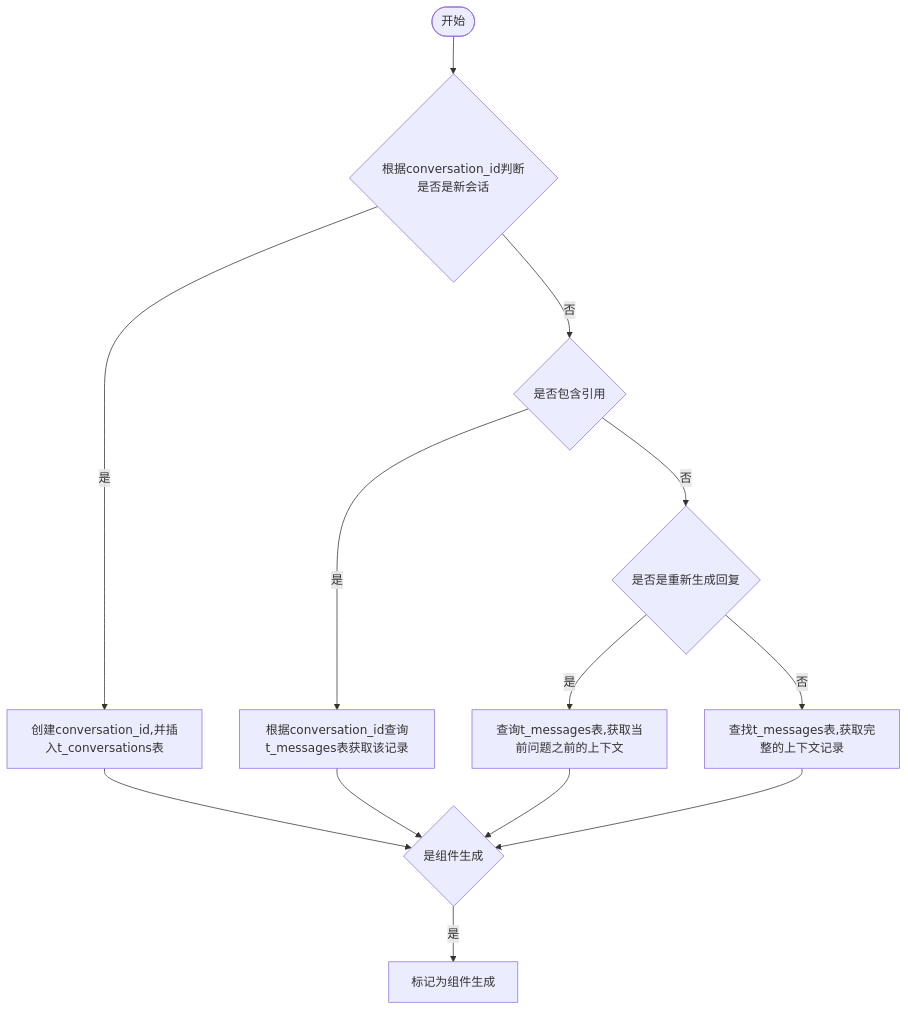
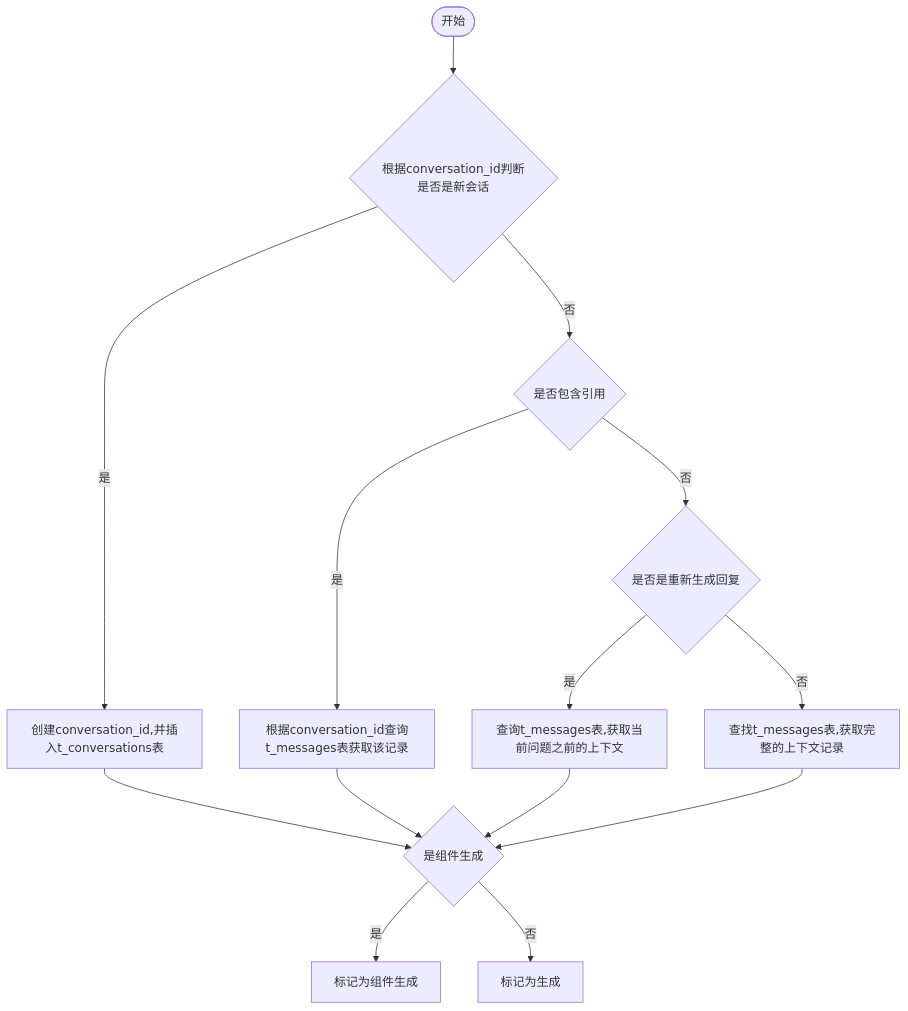
Before and after one commit to yingjianzh/iodraw-files: the diagram in all/未命名-7.md, drawn with Mermaid.

Commit message:
2024-10-12 14:27:36 update

````diff
--- a/all/未命名-7.md
+++ b/all/未命名-7.md
@@ -1,15 +1,15 @@
 ```mermaid
 flowchart TD
     A([开始]) --> B{根据conversation_id判断是否是新会话}
     B -- 是 --> C[创建conversation_id,并插入t_conversations表]
     B -- 否 --> D{是否包含引用}
     D -- 是 --> E[根据conversation_id查询t_messages表获取该记录]
     D -- 否 --> F{是否是重新生成回复}
     F -- 是 --> G[查询t_messages表,获取当前问题之前的上下文]
     F -- 否 --> H[查找t_messages表,获取完整的上下文记录]
      
     C & E & G & H --> I{是组件生成}
     I -- 是 --> J[标记为组件生成]
-
+    I -- 否 --> K[标记为生成]
 
 ```
````
